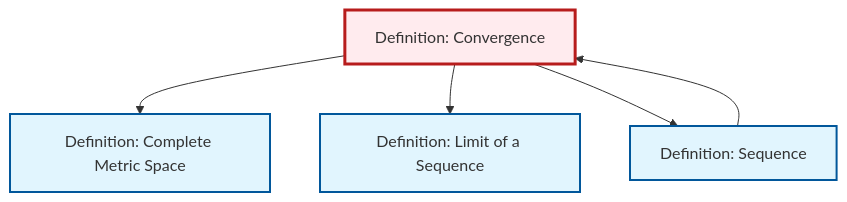
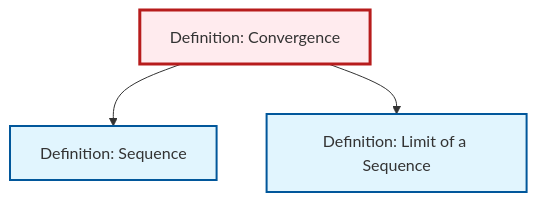
Before and after one commit to RK0429/ModernMath: the diagram in content/en/analysis/def-convergence.qmd, drawn with Mermaid. The commit also changed 511 other files, not shown here.

````diff
--- a/content/en/analysis/def-convergence.qmd
+++ b/content/en/analysis/def-convergence.qmd
@@ -76,22 +76,15 @@
 ```{mermaid}
 %%| fig-cap: "Local dependency graph"
 graph TD
     classDef definition fill:#e1f5fe,stroke:#01579b,stroke-width:2px
     classDef theorem fill:#f3e5f5,stroke:#4a148c,stroke-width:2px
     classDef axiom fill:#fff3e0,stroke:#e65100,stroke-width:2px
     classDef example fill:#e8f5e9,stroke:#1b5e20,stroke-width:2px
     classDef current fill:#ffebee,stroke:#b71c1c,stroke-width:3px
-    def-complete-metric-space["Definition: Complete Metric Space"]:::definition
+    def-convergence["Definition: Convergence"]:::definition
     def-limit["Definition: Limit of a Sequence"]:::definition
-    def-convergence["Definition: Convergence"]:::definition
     def-sequence["Definition: Sequence"]:::definition
-    def-convergence --> def-complete-metric-space
+    def-convergence --> def-sequence
     def-convergence --> def-limit
-    def-sequence --> def-convergence
-    def-convergence --> def-sequence
     class def-convergence current
-
-    click def-complete-metric-space "def-complete-metric-space.html" "Go to Complete Metric Space definition"
-    click def-limit "def-limit.html" "Go to Limit of a Sequence definition"
-    click def-sequence "def-sequence.html" "Go to Sequence definition"
 ```
````
